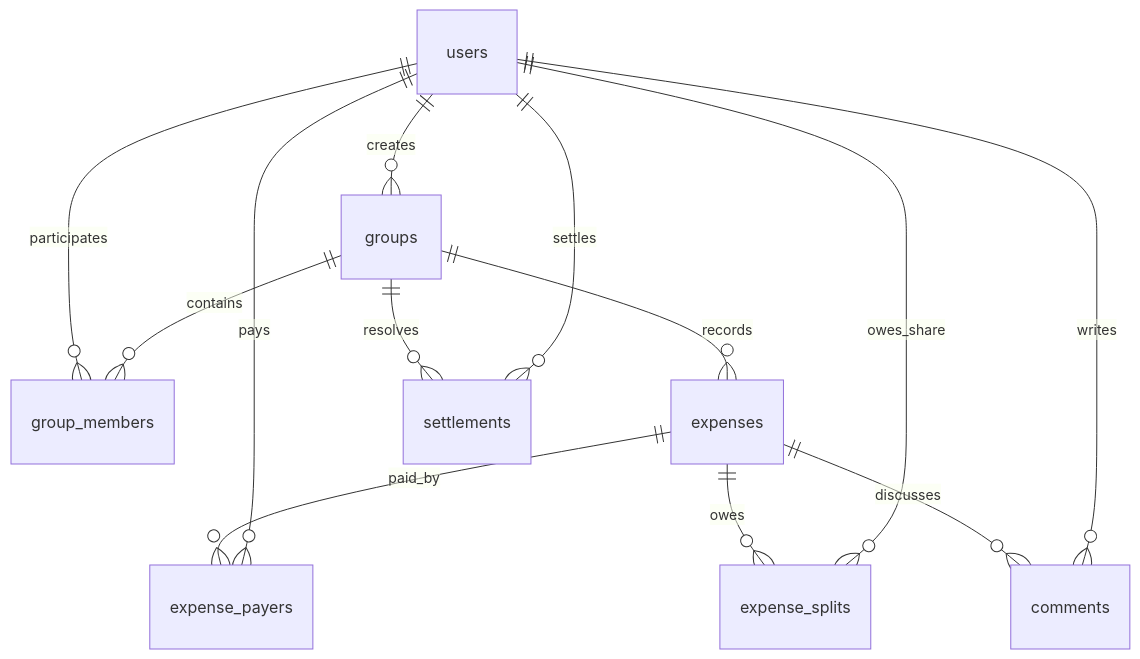
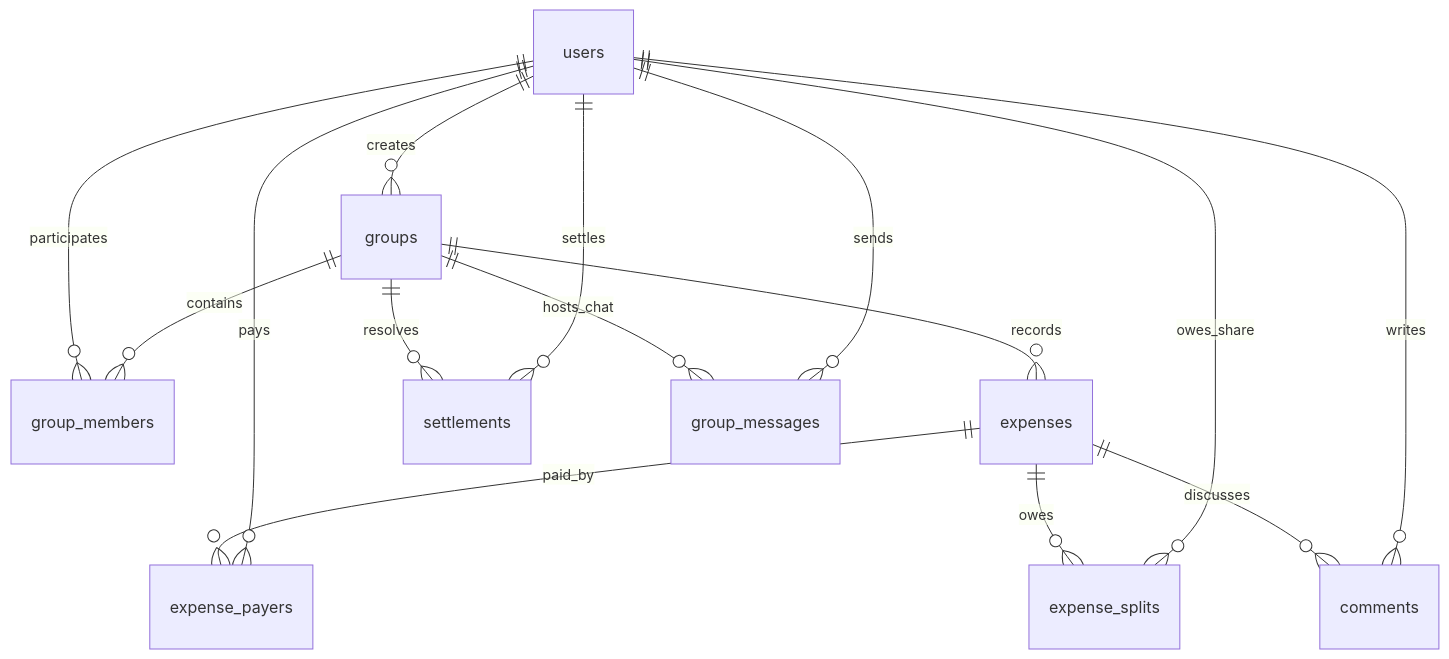
Before and after one commit to Shashanklko/splitwise: the diagram in AI_CONTEXT.md, drawn with Mermaid. The commit also changed other lines of this file and 26 other files, not shown here.

````diff
--- a/AI_CONTEXT.md
+++ b/AI_CONTEXT.md
@@ -55,15 +57,17 @@
 ```mermaid
 erDiagram
     users ||--o{ group_members : participates
     groups ||--o{ group_members : contains
     users ||--o{ groups : creates
     groups ||--o{ expenses : records
     expenses ||--o{ expense_payers : paid_by
     users ||--o{ expense_payers : pays
     expenses ||--o{ expense_splits : owes
     users ||--o{ expense_splits : owes_share
     groups ||--o{ settlements : resolves
     users ||--o{ settlements : settles
     expenses ||--o{ comments : discusses
     users ||--o{ comments : writes
+    groups ||--o{ group_messages : hosts_chat
+    users ||--o{ group_messages : sends
 ```
````
